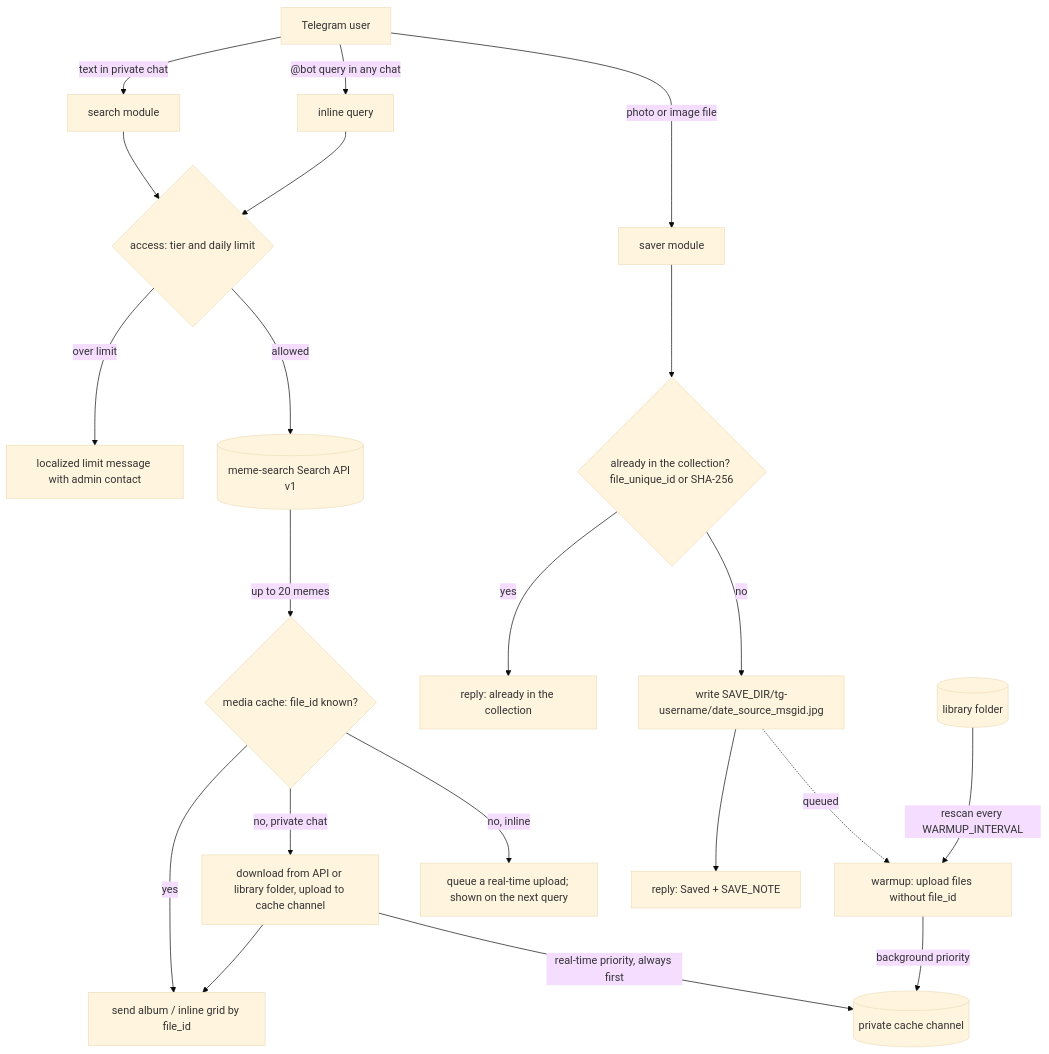
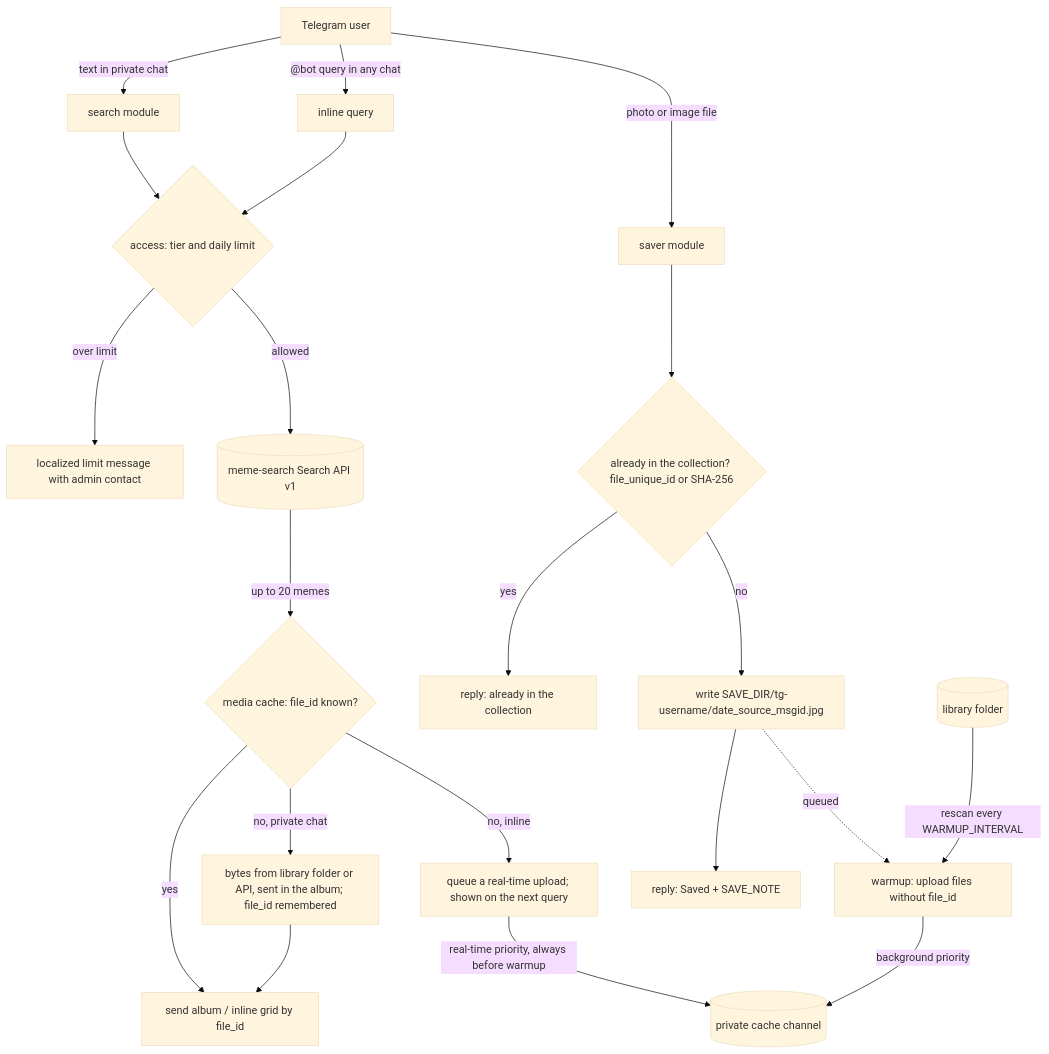
The diagram in README.md (GRbit/meme-search-telegram-bot), drawn with Mermaid (base theme) before and after one commit. The commit also changed other lines of this file and 5 other files, not shown here.

First line of the commit message:
refactor: report the library file of sent album bytes back to the cache

````diff
--- a/README.md
+++ b/README.md
@@ -18,27 +18,27 @@
 ```mermaid
 flowchart TD
     U[Telegram user] -->|text in private chat| S[search module]
     U -->|"@bot query" in any chat| I[inline query]
     U -->|photo or image file| SV[saver module]
 
     S --> A{access: tier and daily limit}
     I --> A
     A -->|over limit| D[localized limit message with admin contact]
     A -->|allowed| API[(meme-search Search API v1)]
     API -->|up to 20 memes| C{media cache: file_id known?}
 
     C -->|yes| SEND[send album / inline grid by file_id]
-    C -->|no, private chat| UP[download from API or library folder, upload to cache channel]
+    C -->|no, private chat| UP[bytes from library folder or API, sent in the album; file_id remembered]
     UP --> SEND
     C -->|no, inline| Q[queue a real-time upload; shown on the next query]
+    Q -->|real-time priority, always before warmup| CH
 
     SV --> K{already in the collection? file_unique_id or SHA-256}
     K -->|yes| R1[reply: already in the collection]
     K -->|no| F[write SAVE_DIR/tg-username/date_source_msgid.jpg]
     F --> R2[reply: Saved + SAVE_NOTE]
     F -.queued.-> W
 
     L[(library folder)] -->|rescan every WARMUP_INTERVAL| W[warmup: upload files without file_id]
     W -->|background priority| CH[(private cache channel)]
-    UP -->|real-time priority, always first| CH
 ```
````
